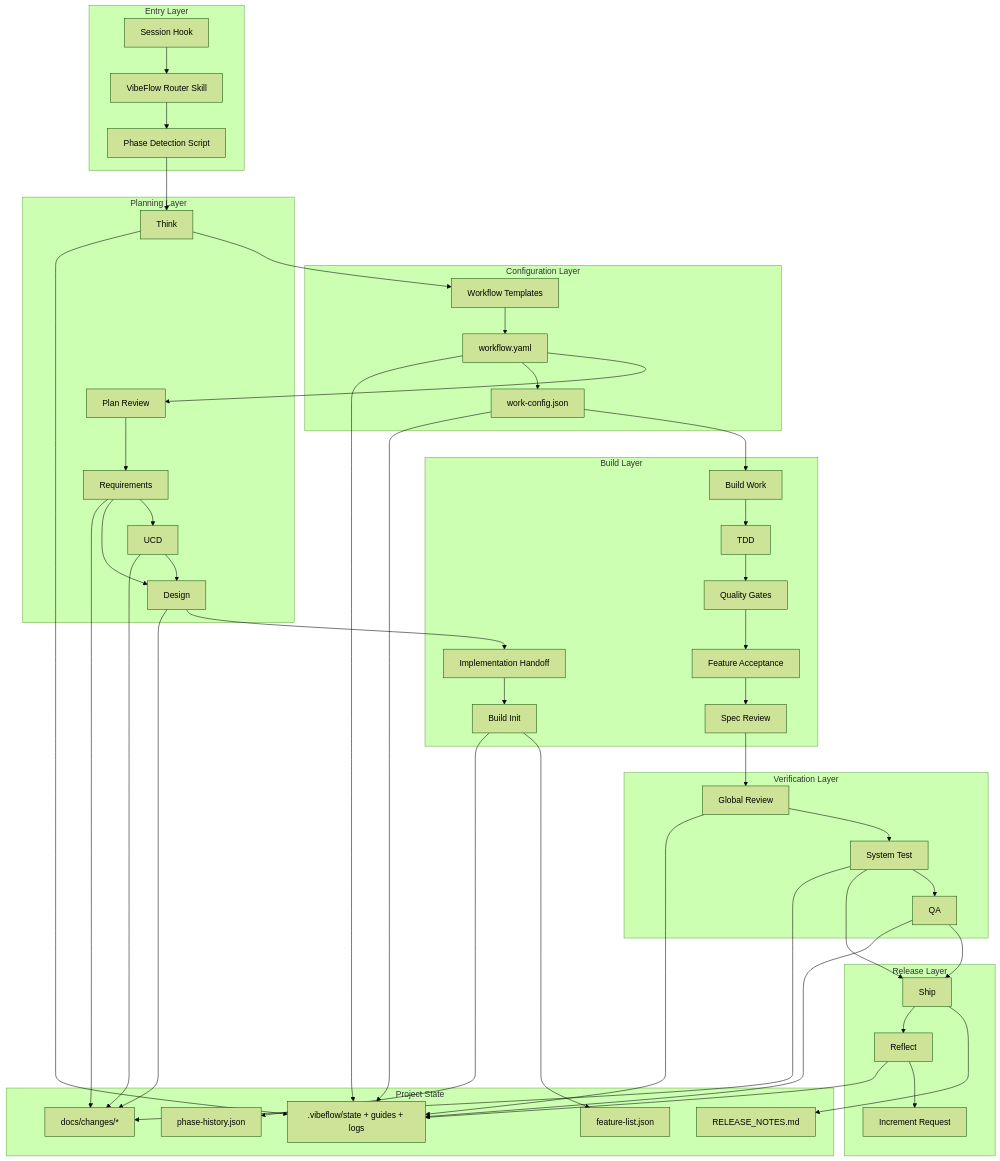
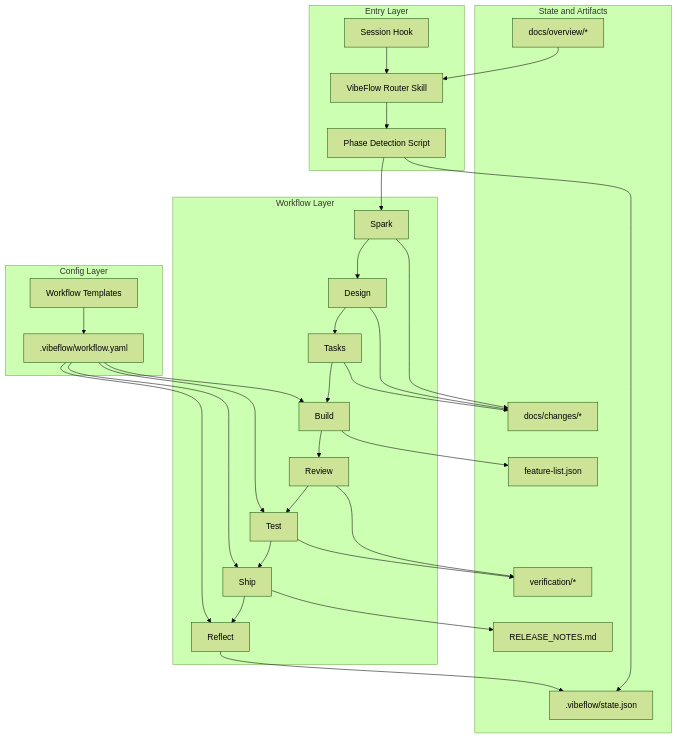
The diagram in ARCHITECTURE.md (ttttstc/vibeflow), drawn with Mermaid (forest theme) before and after one commit. The commit also changed other lines of this file and 91 other files, not shown here.

First line of the commit message:
feat: make vibeflow build flow artifact-first (#60)

````diff
--- a/ARCHITECTURE.md
+++ b/ARCHITECTURE.md
@@ -29,86 +32,56 @@
         H3[Phase Detection Script]
     end
 
-    subgraph Config[Configuration Layer]
-        C1[Workflow Templates]
-        C2[workflow.yaml]
-        C3[work-config.json]
+    subgraph Workflow[Workflow Layer]
+        W1[Spark]
+        W2[Design]
+        W3[Tasks]
+        W4[Build]
+        W5[Review]
+        W6[Test]
+        W7[Ship]
+        W8[Reflect]
     end
 
-    subgraph Plan[Planning Layer]
-        P1[Think]
-        P2[Plan Review]
-        P3[Requirements]
-        P4[UCD]
-        P5[Design]
+    subgraph Config[Config Layer]
+        C1[Workflow Templates]
+        C2[.vibeflow/workflow.yaml]
     end
 
-    subgraph Build[Build Layer]
-        B0[Implementation Handoff]
-        B1[Build Init]
-        B2[Build Work]
-        B3[TDD]
-        B4[Quality Gates]
-        B5[Feature Acceptance]
-        B6[Spec Review]
-    end
-
-    subgraph Verify[Verification Layer]
-        V1[Global Review]
-        V2[System Test]
-        V3[QA]
-    end
-
-    subgraph Release[Release Layer]
-        R1[Ship]
-        R2[Reflect]
-        R3[Increment Request]
-    end
-
-    subgraph State[Project State]
-        S1[.vibeflow/state + guides + logs]
-        S2[docs/changes/*]
-        S3[feature-list.json]
-        S4[phase-history.json]
-        S5[RELEASE_NOTES.md]
+    subgraph State[State and Artifacts]
+        S1[.vibeflow/state.json]
+        S2[docs/overview/*]
+        S3[docs/changes/*]
+        S4[feature-list.json]
+        S5[verification/*]
+        S6[RELEASE_NOTES.md]
     end
 
     H1 --> H2
     H2 --> H3
-    H3 --> P1
-    P1 --> C1
+    H3 --> W1
+    W1 --> W2
+    W2 --> W3
+    W3 --> W4
+    W4 --> W5
+    W5 --> W6
+    W6 --> W7
+    W7 --> W8
+
     C1 --> C2
-    C2 --> P2
-    P2 --> P3
-    P3 --> P4
-    P3 --> P5
-    P4 --> P5
-    P5 --> B0
-    B0 --> B1
-    C2 --> C3
-    C3 --> B2
-    B1 --> S3
-    B1 --> S4
-    B2 --> B3
-    B3 --> B4
-    B4 --> B5
-    B5 --> B6
-    B6 --> V1
-    V1 --> V2
-    V2 --> V3
-    V2 --> R1
-    V3 --> R1
-    R1 --> S5
-    R1 --> R2
-    R2 --> R3
-    P1 --> S1
-    C2 --> S1
-    C3 --> S1
-    P3 --> S2
-    P4 --> S2
-    P5 --> S2
-    V1 --> S1
-    V2 --> S2
-    V3 --> S1
-    R2 --> S1
+    C2 --> W4
+    C2 --> W6
+    C2 --> W7
+    C2 --> W8
+
+    H3 --> S1
+    W1 --> S3
+    W2 --> S3
+    W3 --> S3
+    W4 --> S4
+    W5 --> S5
+    W6 --> S5
+    W7 --> S6
+    W8 --> S1
+    S2 --> H2
 ```
````
